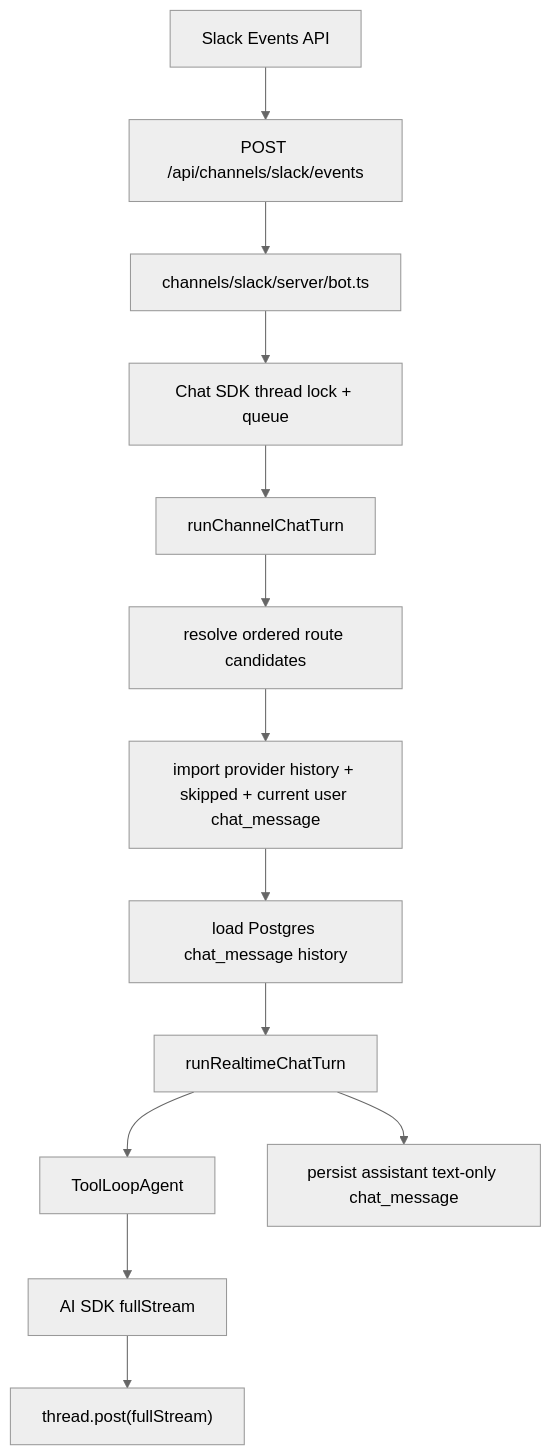
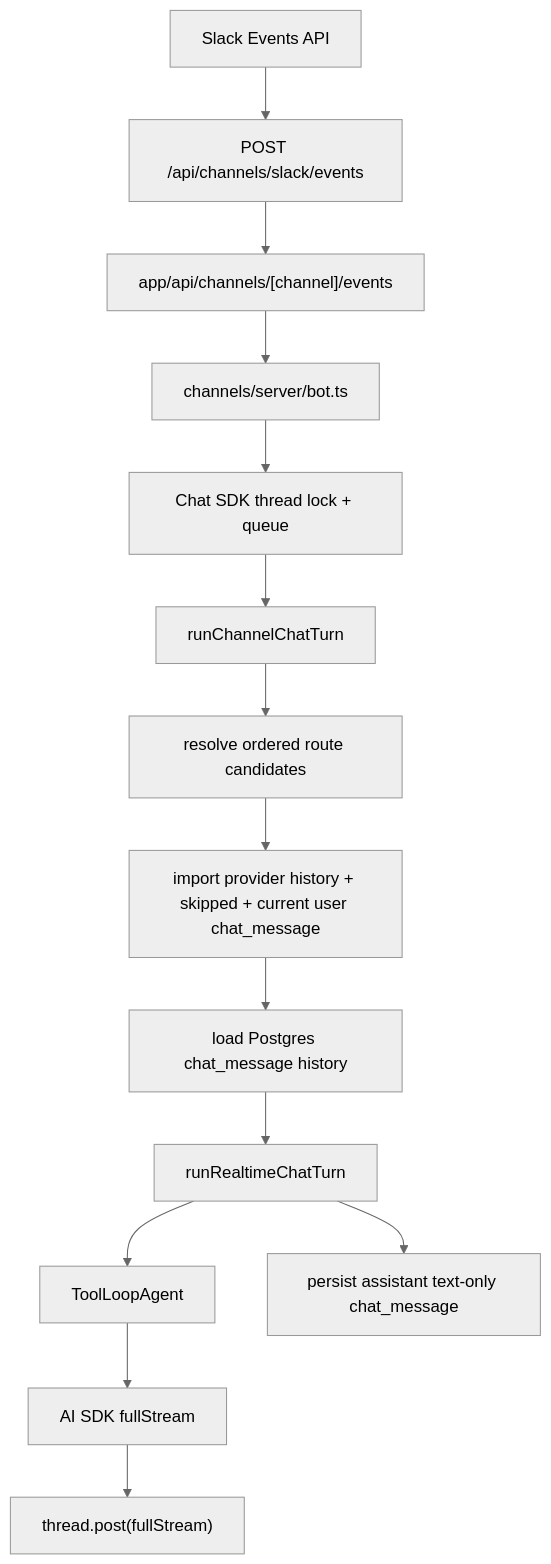
Before and after one commit to TommyBez/outname: the diagram in docs/SLACK_INTEGRATION.md, drawn with Mermaid (neutral theme). The commit also changed other lines of this file and 45 other files, not shown here.

First line of the commit message:
Add Discord integration and unify channel runtime for Slack and Discord.

````diff
--- a/docs/SLACK_INTEGRATION.md
+++ b/docs/SLACK_INTEGRATION.md
@@ -10,15 +12,16 @@
 ```mermaid
 flowchart TD
   Slack[Slack Events API] --> Route["POST /api/channels/slack/events"]
-  Route --> Bot["channels/slack/server/bot.ts"]
+  Route --> Dynamic["app/api/channels/[channel]/events"]
+  Dynamic --> Bot["channels/server/bot.ts"]
   Bot --> ChatSDK["Chat SDK thread lock + queue"]
   ChatSDK --> Dispatch["runChannelChatTurn"]
   Dispatch --> Routing["resolve ordered route candidates"]
   Routing --> Messages["import provider history + skipped + current user chat_message"]
   Messages --> Canonical["load Postgres chat_message history"]
   Canonical --> Runner["runRealtimeChatTurn"]
   Runner --> Agent["ToolLoopAgent"]
   Agent --> Stream["AI SDK fullStream"]
   Stream --> Thread["thread.post(fullStream)"]
   Runner --> Persist["persist assistant text-only chat_message"]
 ```
````
